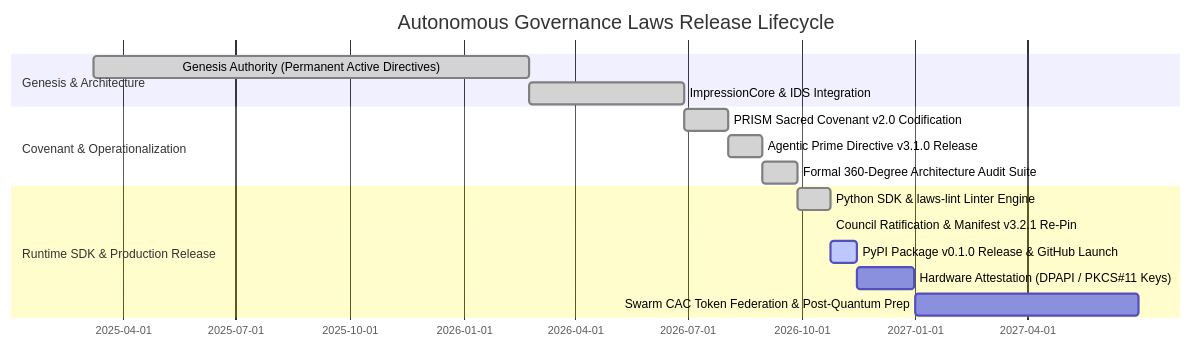
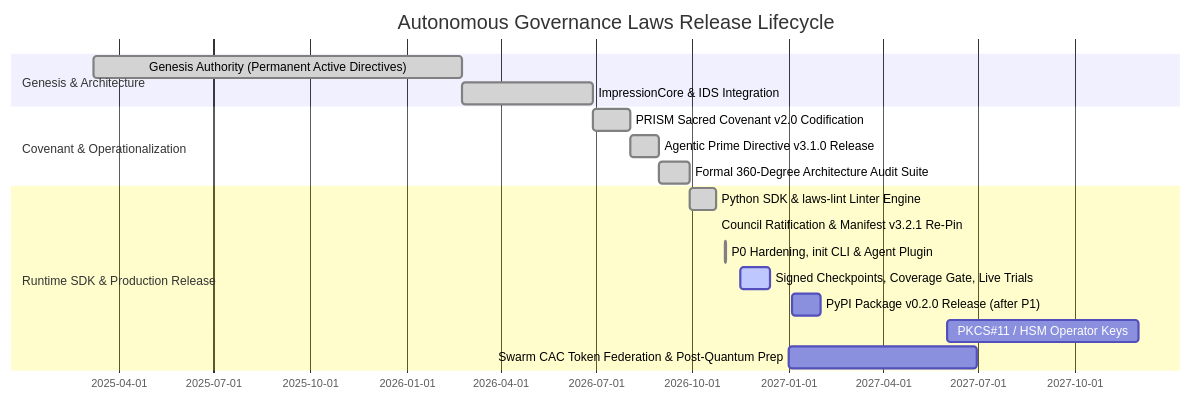
Before and after one commit to kirklasalle/AutonomousGovernanceLaws: the fifth of 5 diagrams in PRD.md, drawn with Mermaid. The commit also changed other lines of this file and 8 other files, not shown here.

````diff
--- a/PRD.md
+++ b/PRD.md
@@ -246,18 +246,20 @@
 ```mermaid
 gantt
     title Autonomous Governance Laws Release Lifecycle
     dateFormat  YYYY-MM-DD
     section Genesis & Architecture
     Genesis Authority (Permanent Active Directives) :done, 2025-03-08, 2026-02-23
     ImpressionCore & IDS Integration                :done, 2026-02-23, 2026-06-28
     section Covenant & Operationalization
     PRISM Sacred Covenant v2.0 Codification         :done, 2026-06-28, 2026-08-03
     Agentic Prime Directive v3.1.0 Release          :done, 2026-08-03, 2026-08-30
     Formal 360-Degree Architecture Audit Suite      :done, 2026-08-30, 2026-09-28
     section Runtime SDK & Production Release
     Python SDK & laws-lint Linter Engine            :done, 2026-09-28, 2026-10-24
     Council Ratification & Manifest v3.2.1 Re-Pin   :done, 2026-10-24, 2026-10-24
-    PyPI Package v0.1.0 Release & GitHub Launch     :active, 2026-10-24, 2026-11-15
-    Hardware Attestation (DPAPI / PKCS#11 Keys)     :2026-11-15, 2026-12-31
+    P0 Hardening, init CLI & Agent Plugin           :done, 2026-11-01, 2026-11-02
+    Signed Checkpoints, Coverage Gate, Live Trials  :active, 2026-11-16, 2026-12-14
+    PyPI Package v0.2.0 Release (after P1)          :2027-01-04, 2027-01-31
+    PKCS#11 / HSM Operator Keys                     :2027-06-01, 2027-12-01
     Swarm CAC Token Federation & Post-Quantum Prep   :2027-01-01, 2027-06-30
 ```
````
